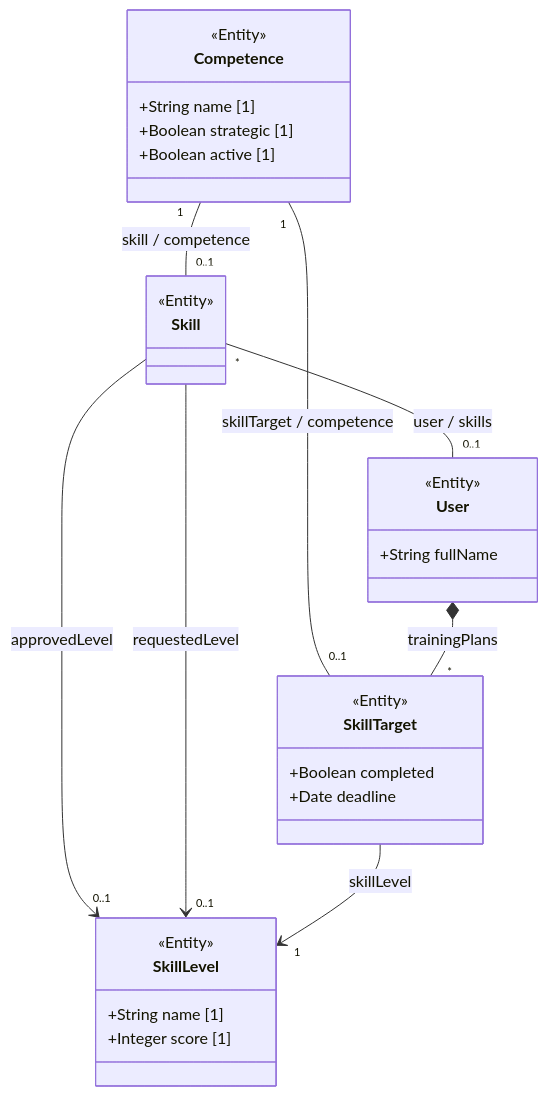
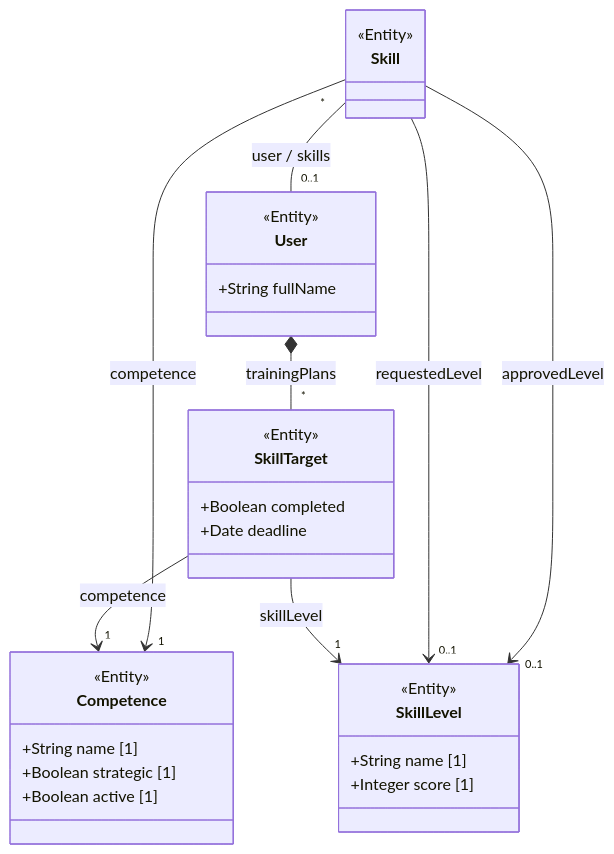
The diagram in catalog/model-blueprints/competence-skill-matrix-cluster/model.md (BlackBeltTechnology/judo-blueprint), drawn with Mermaid before and after one commit. The commit also changed other lines of this file and 15 other files, not shown here.

````diff
--- a/catalog/model-blueprints/competence-skill-matrix-cluster/model.md
+++ b/catalog/model-blueprints/competence-skill-matrix-cluster/model.md
@@ -18,33 +18,33 @@
 ```mermaid
 classDiagram
   class Competence {
     <<Entity>>
     +String name [1]
     +Boolean strategic [1]
     +Boolean active [1]
   }
   class Skill {
     <<Entity>>
   }
   class SkillLevel {
     <<Entity>>
     +String name [1]
     +Integer score [1]
   }
   class SkillTarget {
     <<Entity>>
     +Boolean completed
     +Date deadline
   }
   class User {
     <<Entity>>
     +String fullName
   }
-  Competence "1" -- "0..1" Skill : skill / competence
-  Competence "1" -- "0..1" SkillTarget : skillTarget / competence
   Skill "*" -- "0..1" User : user / skills
   Skill --> "0..1" SkillLevel : approvedLevel
   Skill --> "0..1" SkillLevel : requestedLevel
+  Skill --> "1" Competence : competence
+  SkillTarget --> "1" Competence : competence
   SkillTarget --> "1" SkillLevel : skillLevel
   User *-- "*" SkillTarget : trainingPlans
 ```
````
